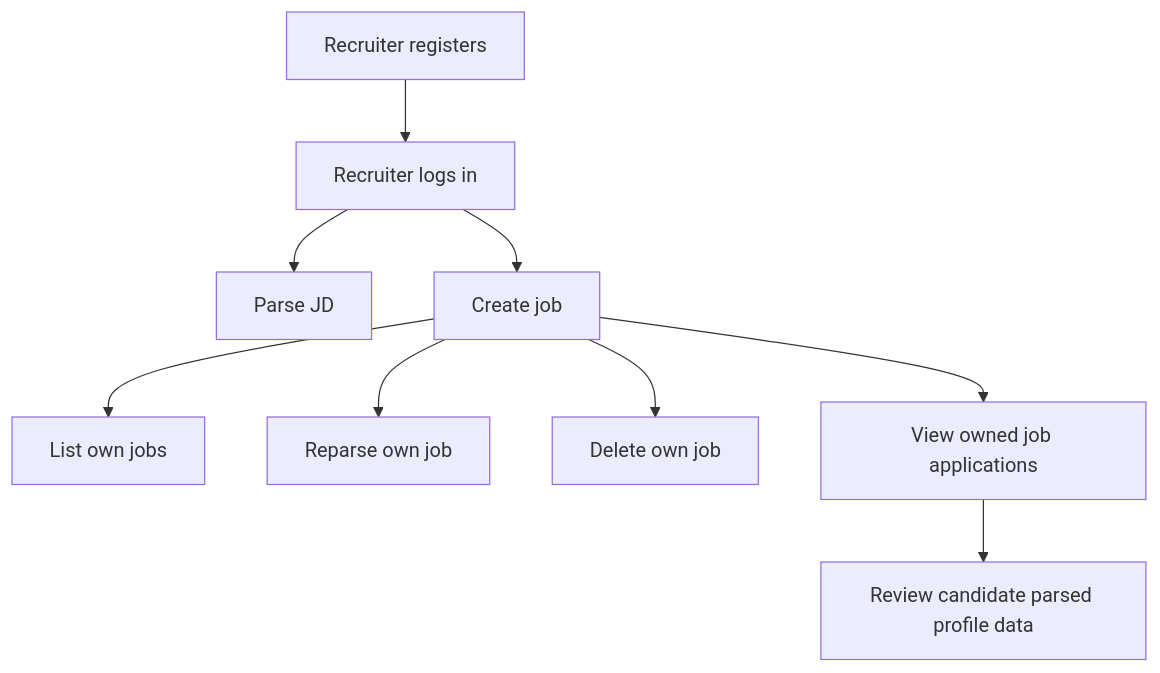
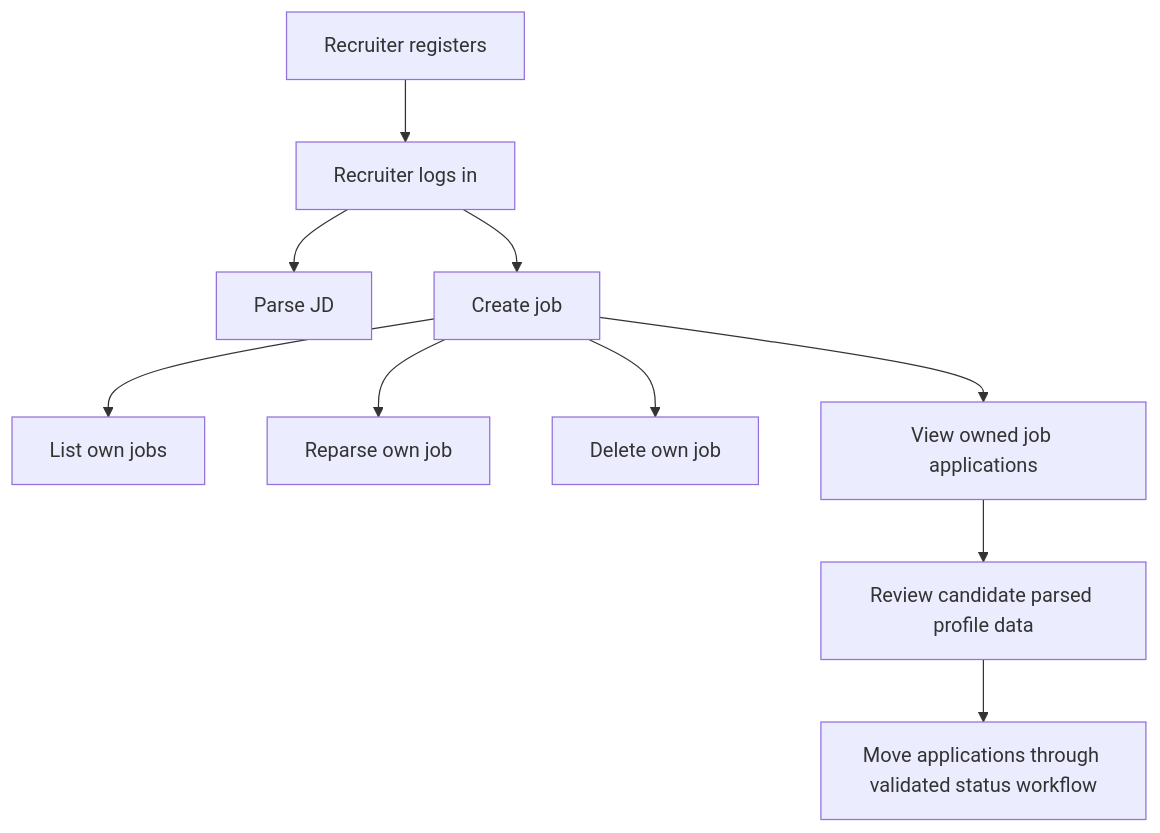
One commit to Lowdata/CertiFit changed the fifth of 12 diagrams in backend/backend.md. Above: the diagram before and after it, drawn with Mermaid. The commit also changed other lines of this file and 4 other files, not shown here.

Commit message:
feat(applications): add recruiter application workflow

````diff
--- a/backend/backend.md
+++ b/backend/backend.md
@@ -320,11 +322,12 @@
 ```mermaid
 flowchart TD
     A["Recruiter registers"] --> B["Recruiter logs in"]
     B --> C["Parse JD"]
     B --> D["Create job"]
     D --> E["List own jobs"]
     D --> F["Reparse own job"]
     D --> G["Delete own job"]
     D --> H["View owned job applications"]
     H --> I["Review candidate parsed profile data"]
+    I --> J["Move applications through validated status workflow"]
 ```
````
